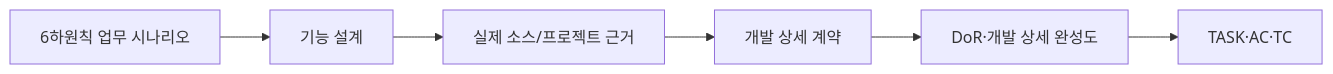
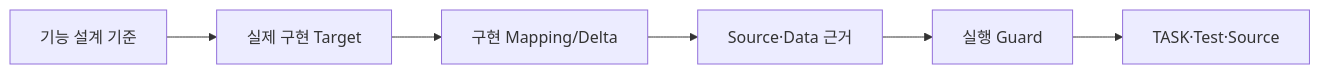
One commit to Seunghyun0606/SDLC_DDD_SDD changed the diagram in sdlc/templates/core/program-spec.md. Above: the diagram before and after it, drawn with Mermaid. The commit also changed other lines of this file, not shown here.

Commit message:
refactor: reduce program spec to implementation delta

````diff
--- a/sdlc/templates/core/program-spec.md
+++ b/sdlc/templates/core/program-spec.md
@@ -26,4 +28,4 @@
 ```mermaid
 flowchart LR
-    S["6하원칙 업무 시나리오"] --> F["기능 설계"] --> E["실제 소스/프로젝트 근거"] --> P["개발 상세 계약"] --> D["DoR·개발 상세 완성도"] --> T["TASK·AC·TC"]
+    F["기능 설계 기준"] --> T["실제 구현 Target"] --> M["구현 Mapping/Delta"] --> S["Source·Data 근거"] --> G["실행 Guard"] --> D["TASK·Test·Source"]
 ```
````
